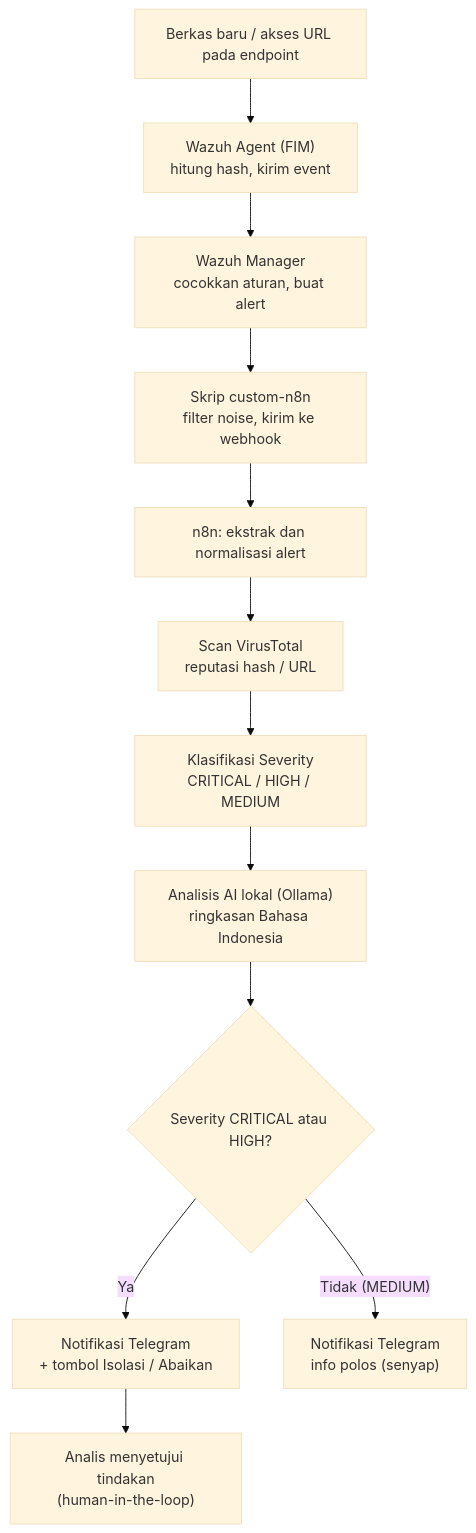
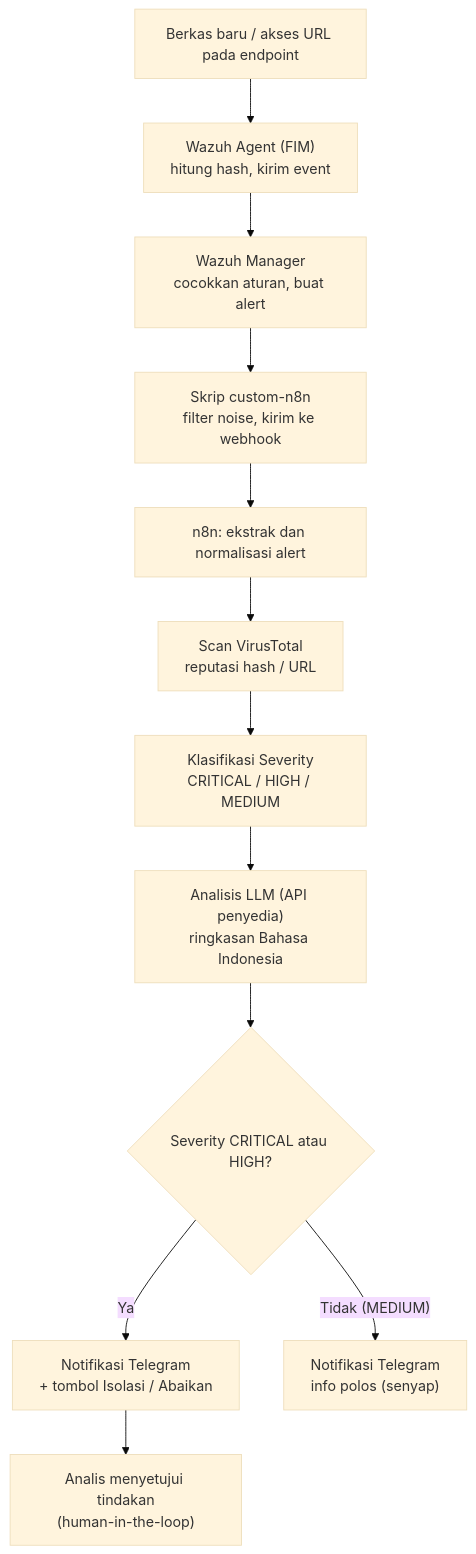
The diagram in docs/diagrams/fig-3.4-pipeline.mmd (ravi-arnan/soar-project), drawn with Mermaid (base theme) before and after one commit. The commit also changed 38 other files, not shown here.

First line of the commit message:
docs: hapus klaim AI lokal + revisi milestone (AI = analisis LLM via API)

```diff
--- a/docs/diagrams/fig-3.4-pipeline.mmd
+++ b/docs/diagrams/fig-3.4-pipeline.mmd
@@ -1,12 +1,12 @@
 graph TD
     A["Berkas baru / akses URL pada endpoint"] --> B["Wazuh Agent (FIM)<br/>hitung hash, kirim event"]
     B --> C["Wazuh Manager<br/>cocokkan aturan, buat alert"]
     C --> D["Skrip custom-n8n<br/>filter noise, kirim ke webhook"]
     D --> E["n8n: ekstrak dan normalisasi alert"]
     E --> F["Scan VirusTotal<br/>reputasi hash / URL"]
     F --> G["Klasifikasi Severity<br/>CRITICAL / HIGH / MEDIUM"]
-    G --> H["Analisis AI lokal (Ollama)<br/>ringkasan Bahasa Indonesia"]
+    G --> H["Analisis LLM (API penyedia)<br/>ringkasan Bahasa Indonesia"]
     H --> I{"Severity CRITICAL atau HIGH?"}
     I -->|"Ya"| J["Notifikasi Telegram<br/>+ tombol Isolasi / Abaikan"]
     I -->|"Tidak (MEDIUM)"| K["Notifikasi Telegram<br/>info polos (senyap)"]
     J --> L["Analis menyetujui tindakan<br/>(human-in-the-loop)"]
```
